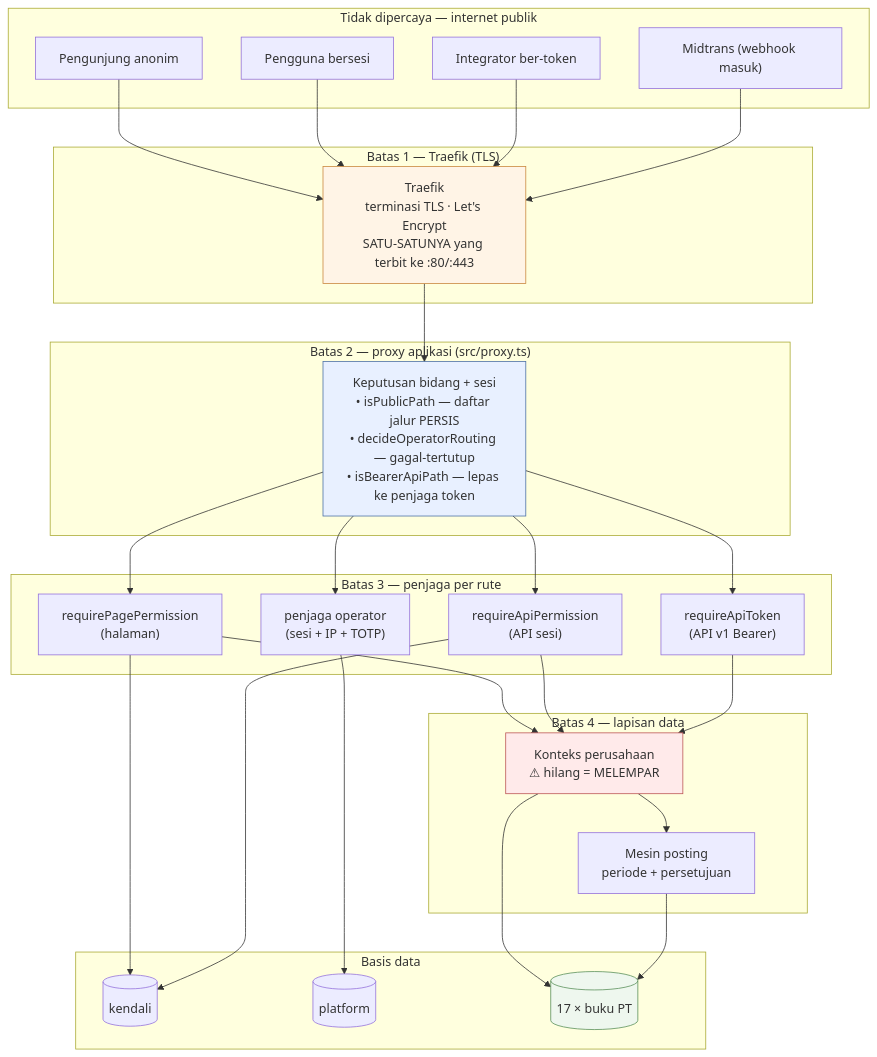
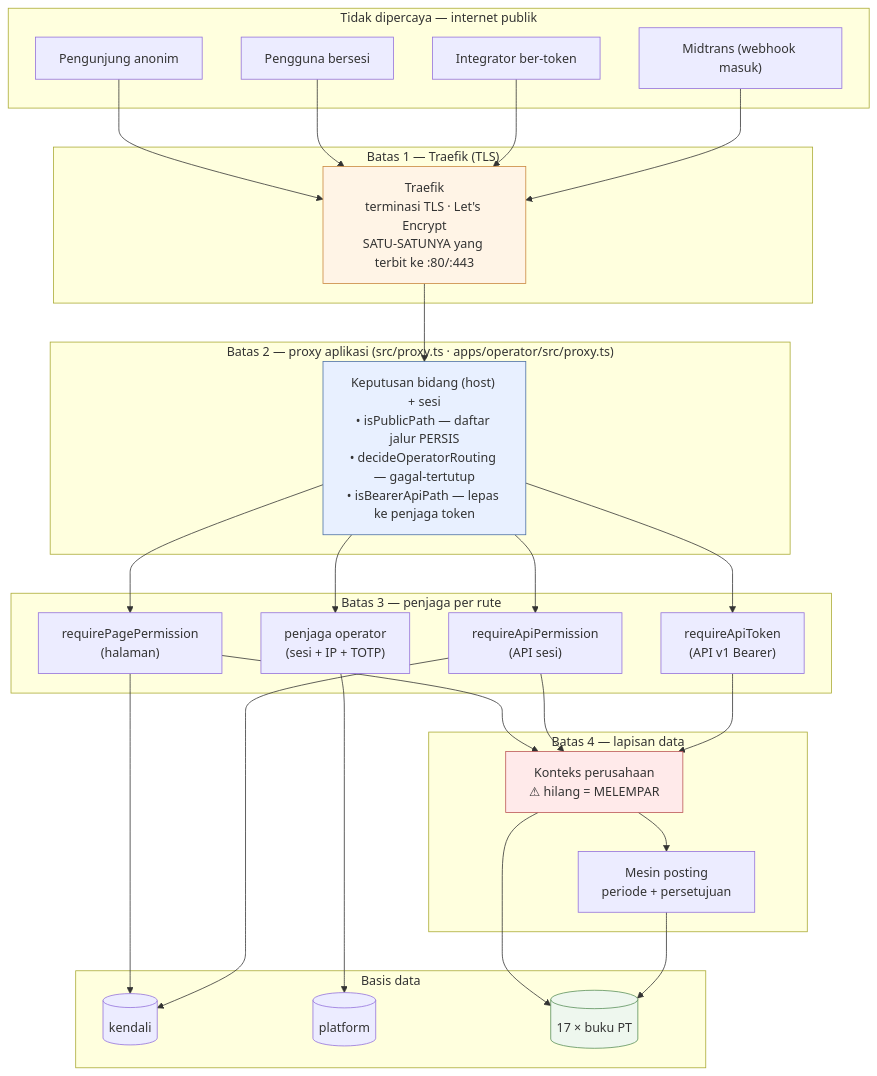
The first of 5 diagrams in docs/arsitektur/02-ARSITEKTUR.md (tri-evendi/sai-accounting), drawn with Mermaid before and after one commit. The commit also changed other lines of this file and 43 other files, not shown here.

````diff
--- a/docs/arsitektur/02-ARSITEKTUR.md
+++ b/docs/arsitektur/02-ARSITEKTUR.md
@@ -38,53 +38,53 @@
 ```mermaid
 graph TB
     subgraph trust0["Tidak dipercaya — internet publik"]
         ANON["Pengunjung anonim"]
         USER["Pengguna bersesi"]
         INTEG["Integrator ber-token"]
         GATEWAY["Midtrans (webhook masuk)"]
     end
 
     subgraph trust1["Batas 1 — Traefik (TLS)"]
         TRAEFIK["Traefik<br/>terminasi TLS · Let's Encrypt<br/>SATU-SATUNYA yang terbit ke :80/:443"]
     end
 
-    subgraph trust2["Batas 2 — proxy aplikasi (src/proxy.ts)"]
-        PROXY["Keputusan bidang + sesi<br/>• isPublicPath — daftar jalur PERSIS<br/>• decideOperatorRouting — gagal-tertutup<br/>• isBearerApiPath — lepas ke penjaga token"]
+    subgraph trust2["Batas 2 — proxy aplikasi (src/proxy.ts · apps/operator/src/proxy.ts)"]
+        PROXY["Keputusan bidang (host) + sesi<br/>• isPublicPath — daftar jalur PERSIS<br/>• decideOperatorRouting — gagal-tertutup<br/>• isBearerApiPath — lepas ke penjaga token"]
     end
 
     subgraph trust3["Batas 3 — penjaga per rute"]
         PG["requirePagePermission<br/>(halaman)"]
         AG["requireApiPermission<br/>(API sesi)"]
         TG["requireApiToken<br/>(API v1 Bearer)"]
         OG["penjaga operator<br/>(sesi + IP + TOTP)"]
     end
 
     subgraph trust4["Batas 4 — lapisan data"]
         CTX["Konteks perusahaan<br/>⚠ hilang = MELEMPAR"]
         POST["Mesin posting<br/>periode + persetujuan"]
     end
 
     subgraph data["Basis data"]
         CDB[("kendali")]
         PDB[("platform")]
         BDB[("17 × buku PT")]
     end
 
     ANON --> TRAEFIK
     USER --> TRAEFIK
     INTEG --> TRAEFIK
     GATEWAY --> TRAEFIK
     TRAEFIK --> PROXY
     PROXY --> PG & AG & TG & OG
     PG & AG & TG --> CTX
     OG --> PDB
     CTX --> BDB
     CTX --> POST
     POST --> BDB
     PG & AG --> CDB
 
     style TRAEFIK fill:#fff4e6,stroke:#c9873d
     style PROXY fill:#e8f0ff,stroke:#4a6fa5
     style CTX fill:#ffeaea,stroke:#b55
     style BDB fill:#eef7ee,stroke:#5a8f5a
 ```
````
